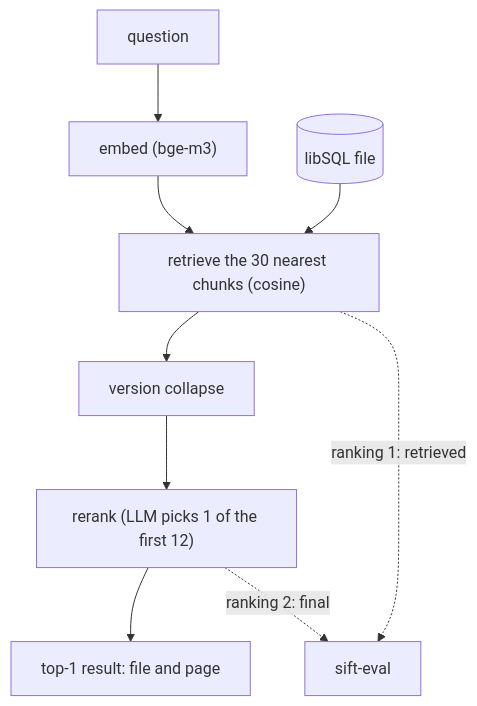
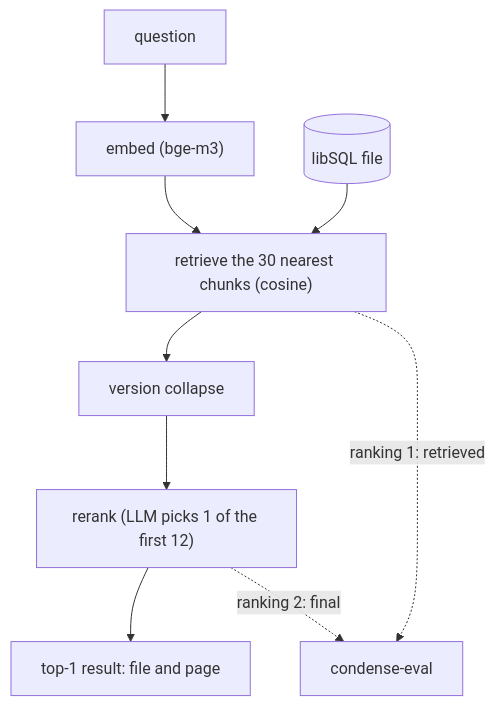
One commit to Arjahck/arjahck.github.io changed the second of 2 diagrams in _posts/2026-11-09-reranker-made-results-worse.md. Above: the diagram before and after it, drawn with Mermaid. The commit also changed other lines of this file and 10 other files, not shown here.

```diff
--- a/_posts/2026-11-09-reranker-made-results-worse.md
+++ b/_posts/2026-11-09-reranker-made-results-worse.md
@@ -39,11 +39,11 @@
 <pre class="mermaid center">
 flowchart TD
   Q["question"] --> E["embed (bge-m3)"]
   E --> R["retrieve the 30 nearest chunks (cosine)"]
   DB[("libSQL file")] --> R
   R --> V["version collapse"]
   V --> RR["rerank (LLM picks 1 of the first 12)"]
   RR --> T["top-1 result: file and page"]
-  R -.->|"ranking 1: retrieved"| M["sift-eval"]
+  R -.->|"ranking 1: retrieved"| M["condense-eval"]
   RR -.->|"ranking 2: final"| M
 </pre>
```
